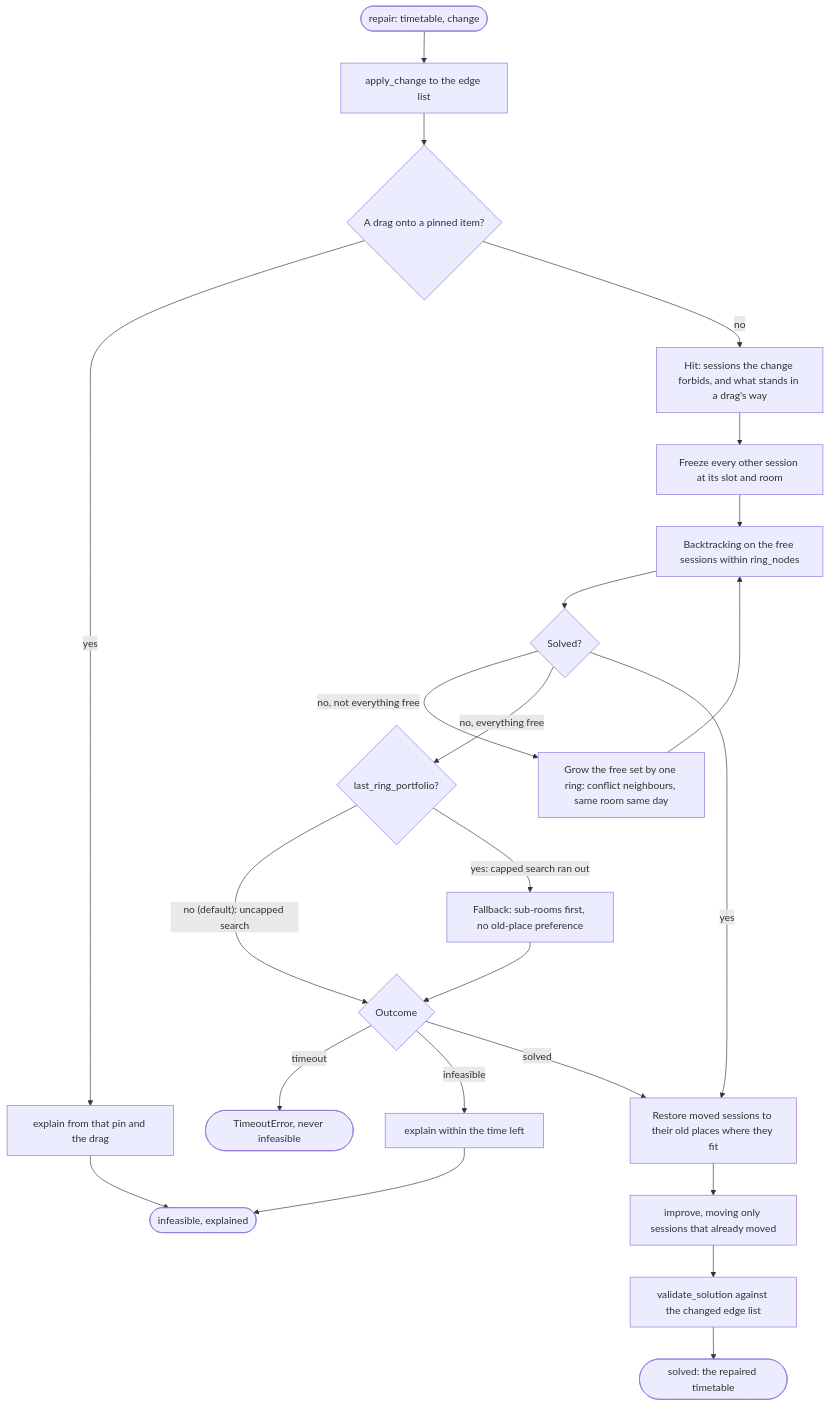
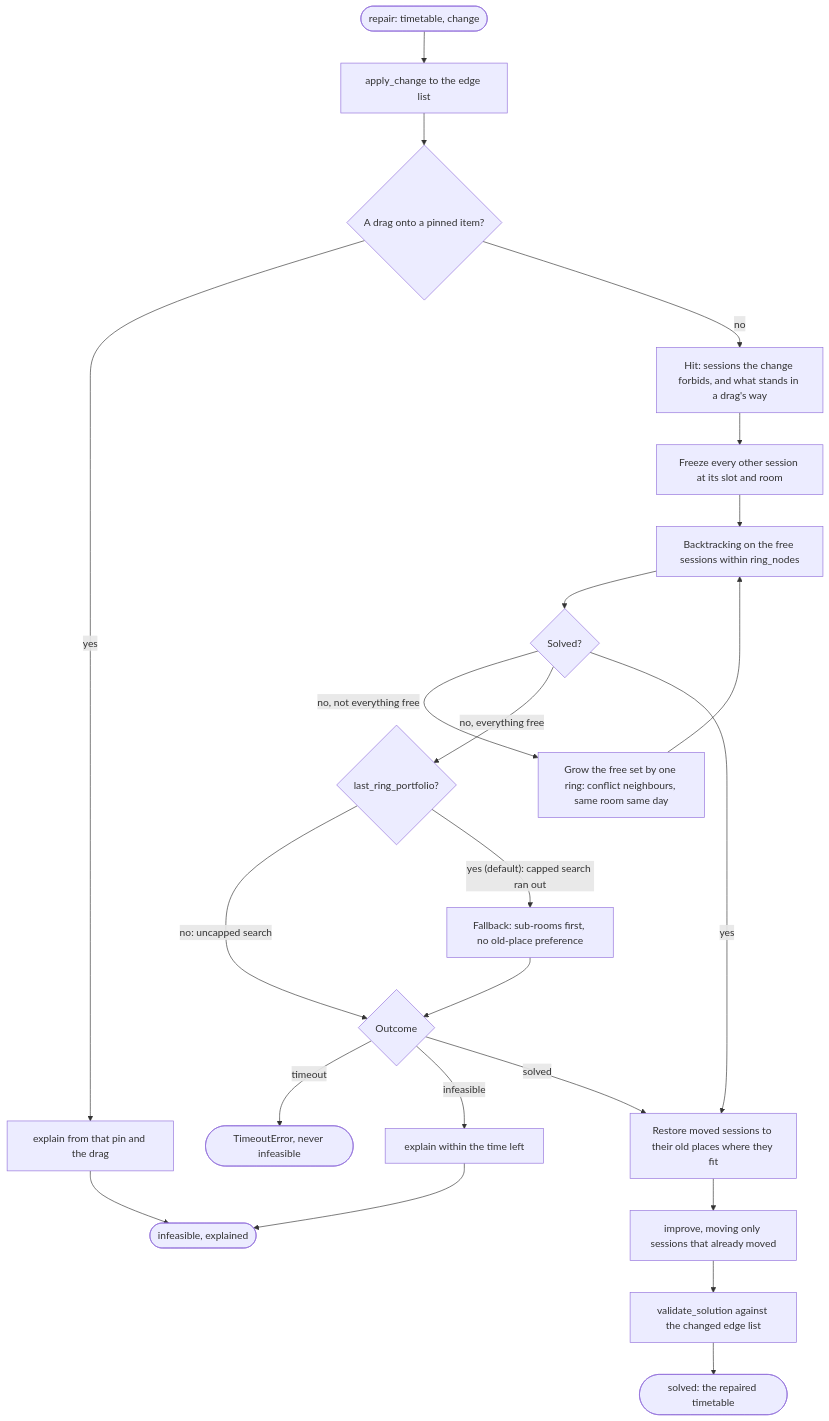
The tenth of 12 diagrams in docs/uml.md (Nidzz07/Automated-Academic-Timetable-Scheduling-System), drawn with Mermaid before and after one commit. The commit also changed other lines of this file and 22 other files, not shown here.

Commit message:
feat(solver): S14u D58 adopted, fixed-item rule checked, solution.json regenerated, demo flows

````diff
--- a/docs/uml.md
+++ b/docs/uml.md
@@ -355,25 +355,25 @@
 ```mermaid
 flowchart TD
     Start([repair: timetable, change]) --> Apply[apply_change to the edge list]
     Apply --> Drag{A drag onto a pinned item?}
     Drag -- yes --> PreCheck[explain from that pin and the drag]
     PreCheck --> ReturnDiag([infeasible, explained])
     Drag -- no --> Hit[Hit: sessions the change forbids, and what stands in a drag's way]
     Hit --> Freeze[Freeze every other session at its slot and room]
     Freeze --> Ring[Backtracking on the free sessions within ring_nodes]
     Ring --> Solved{Solved?}
     Solved -- no, not everything free --> Grow[Grow the free set by one ring: conflict neighbours, same room same day]
     Grow --> Ring
     Solved -- no, everything free --> Last{last_ring_portfolio?}
-    Last -- "no (default): uncapped search" --> LastResult{Outcome}
-    Last -- "yes: capped search ran out" --> Fallback[Fallback: sub-rooms first, no old-place preference]
+    Last -- "no: uncapped search" --> LastResult{Outcome}
+    Last -- "yes (default): capped search ran out" --> Fallback[Fallback: sub-rooms first, no old-place preference]
     Fallback --> LastResult
     LastResult -- timeout --> Timeout([TimeoutError, never infeasible])
     LastResult -- infeasible --> Explain[explain within the time left]
     Explain --> ReturnDiag
     Solved -- yes --> Restore[Restore moved sessions to their old places where they fit]
     LastResult -- solved --> Restore
     Restore --> Improve[improve, moving only sessions that already moved]
     Improve --> Validate[validate_solution against the changed edge list]
     Validate --> Done([solved: the repaired timetable])
 ```
````
